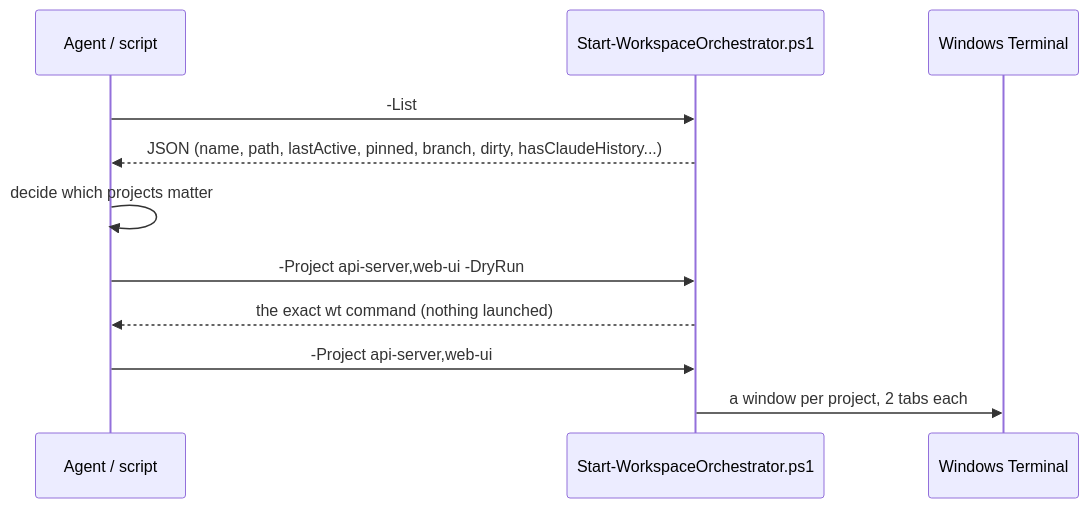
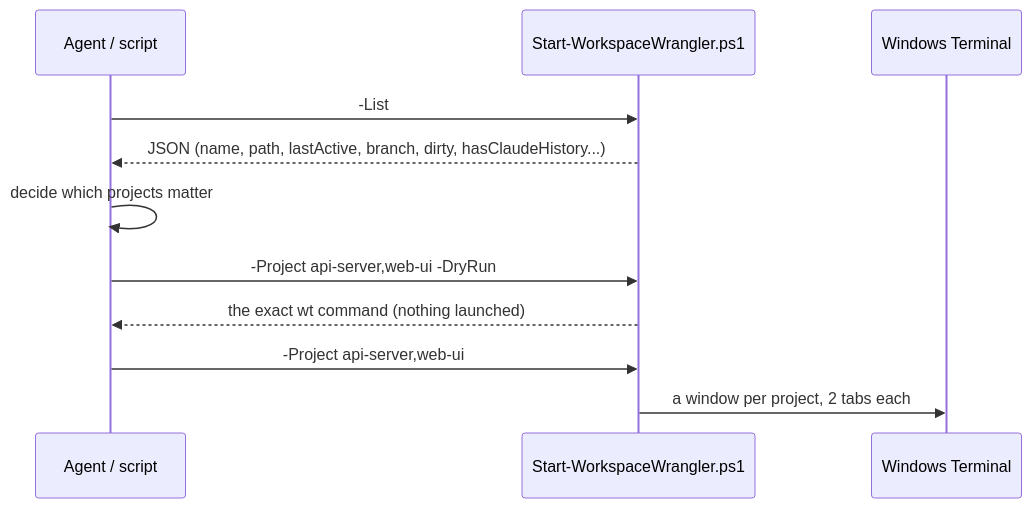
The seventh of 8 diagrams in README.md (dstaulcu/workspace-orchestrator), drawn with Mermaid before and after one commit. The commit also changed other lines of this file and 20 other files, not shown here.

First line of the commit message:
Rename to Workspace Wrangler, release-based updates, icon, uninstaller (v0.5.0)

````diff
--- a/README.md
+++ b/README.md
@@ -186,13 +196,13 @@
 ```mermaid
 sequenceDiagram
     participant Agent as Agent / script
-    participant WO as Start-WorkspaceOrchestrator.ps1
+    participant WO as Start-WorkspaceWrangler.ps1
     participant WT as Windows Terminal
     Agent->>WO: -List
-    WO-->>Agent: JSON (name, path, lastActive, pinned, branch, dirty, hasClaudeHistory...)
+    WO-->>Agent: JSON (name, path, lastActive, branch, dirty, hasClaudeHistory...)
     Agent->>Agent: decide which projects matter
     Agent->>WO: -Project api-server,web-ui -DryRun
     WO-->>Agent: the exact wt command (nothing launched)
     Agent->>WO: -Project api-server,web-ui
     WO->>WT: a window per project, 2 tabs each
 ```
````
